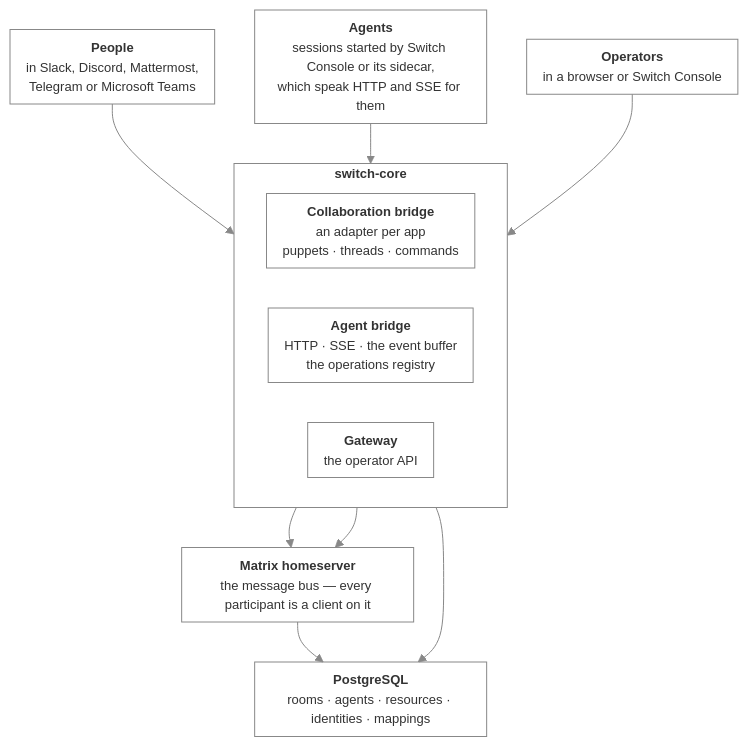
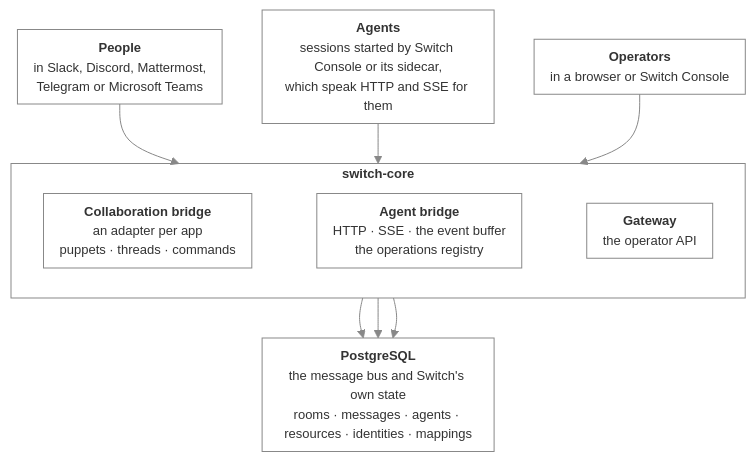
Before and after one commit to Chris-Willis/switch: the diagram in docs/official/internals/index.md, drawn with Mermaid. The commit also changed other lines of this file and 46 other files, not shown here.

First line of the commit message:
Stop describing Matrix as Switch's message bus in docs, Helm and comments

````diff
--- a/docs/official/internals/index.md
+++ b/docs/official/internals/index.md
@@ -13,30 +13,29 @@
 ```mermaid
 %%{init: {'themeVariables': {'fontSize': '13px'}, 'flowchart': {'padding': 8, 'nodeSpacing': 40, 'rankSpacing': 40}}}%%
 flowchart TB
   people["<b>People</b><br/>in Slack, Discord, Mattermost,<br/>Telegram or Microsoft Teams"]
   agents["<b>Agents</b><br/>sessions started by Switch Console or its sidecar,<br/>which speak HTTP and SSE for them"]
   operators["<b>Operators</b><br/>in a browser or Switch Console"]
 
   subgraph core["<b>switch-core</b>"]
     direction LR
     collab["<b>Collaboration bridge</b><br/>an adapter per app<br/>puppets · threads · commands"]
     agentbridge["<b>Agent bridge</b><br/>HTTP · SSE · the event buffer<br/>the operations registry"]
     gateway["<b>Gateway</b><br/>the operator API"]
+    collab ~~~ agentbridge ~~~ gateway
   end
 
-  matrix["<b>Matrix homeserver</b><br/>the message bus — every participant is a client on it"]
-  store["<b>PostgreSQL</b><br/>rooms · agents · resources · identities · mappings"]
+  store["<b>PostgreSQL</b><br/>the message bus and Switch's own state<br/>rooms · messages · agents · resources · identities · mappings"]
 
   people --> collab
   agents --> agentbridge
   operators --> gateway
-  collab --> matrix
-  agentbridge --> matrix
+  collab --> store
+  agentbridge --> store
   gateway --> store
-  matrix --> store
 
   classDef plain fill:none,stroke:#888888,stroke-width:1px
-  class people,agents,operators,collab,agentbridge,gateway,matrix,store plain
+  class people,agents,operators,collab,agentbridge,gateway,store plain
   style core fill:none,stroke:#888888,stroke-width:1px
   linkStyle default stroke:#888888
 ```
````
